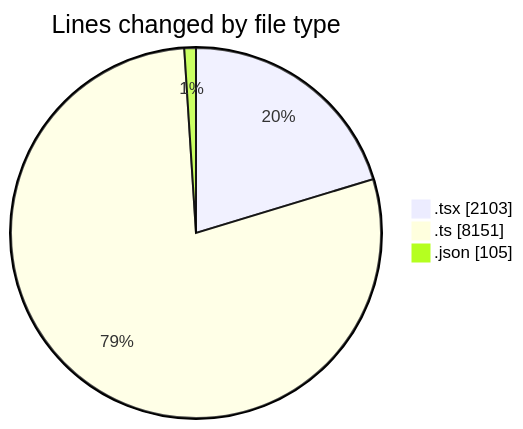
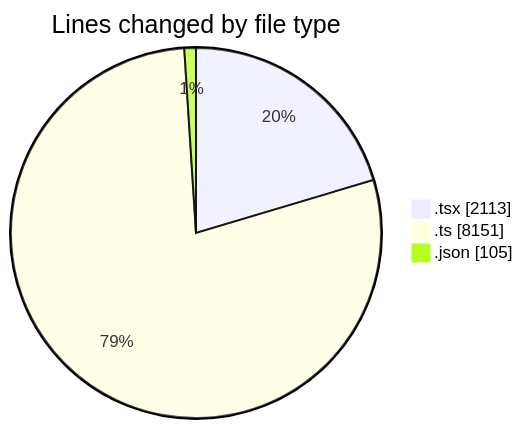
Before and after one commit to momahboobian/code-tracking: the first of 2 diagrams in 2025-07-09/cda/README.md, drawn with Mermaid. The commit also changed other lines of this file and 1 other file, not shown here.

````diff
--- a/2025-07-09/cda/README.md
+++ b/2025-07-09/cda/README.md
@@ -29,7 +29,7 @@
 ```mermaid
 pie showData
 title Lines changed by file type
-".tsx" : 2103
+".tsx" : 2113
 ".ts" : 8151
 ".json" : 105
 ```
````
